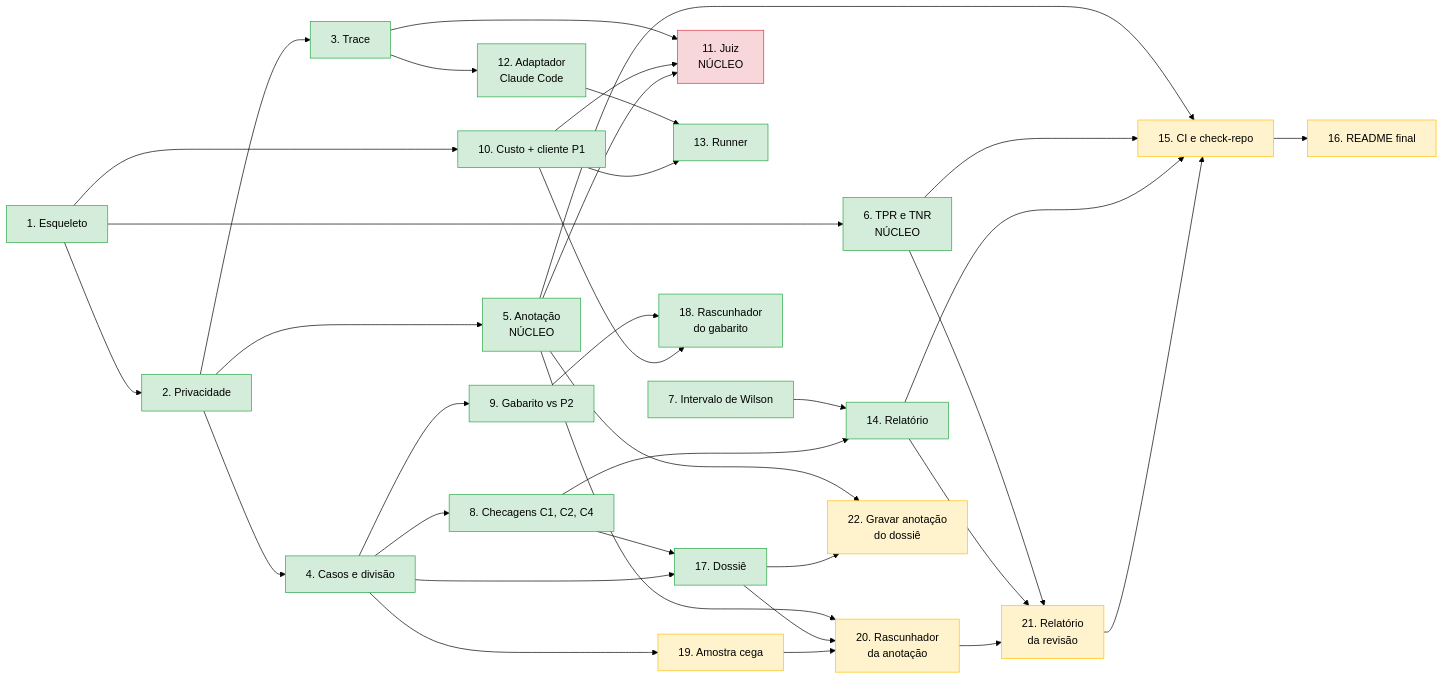
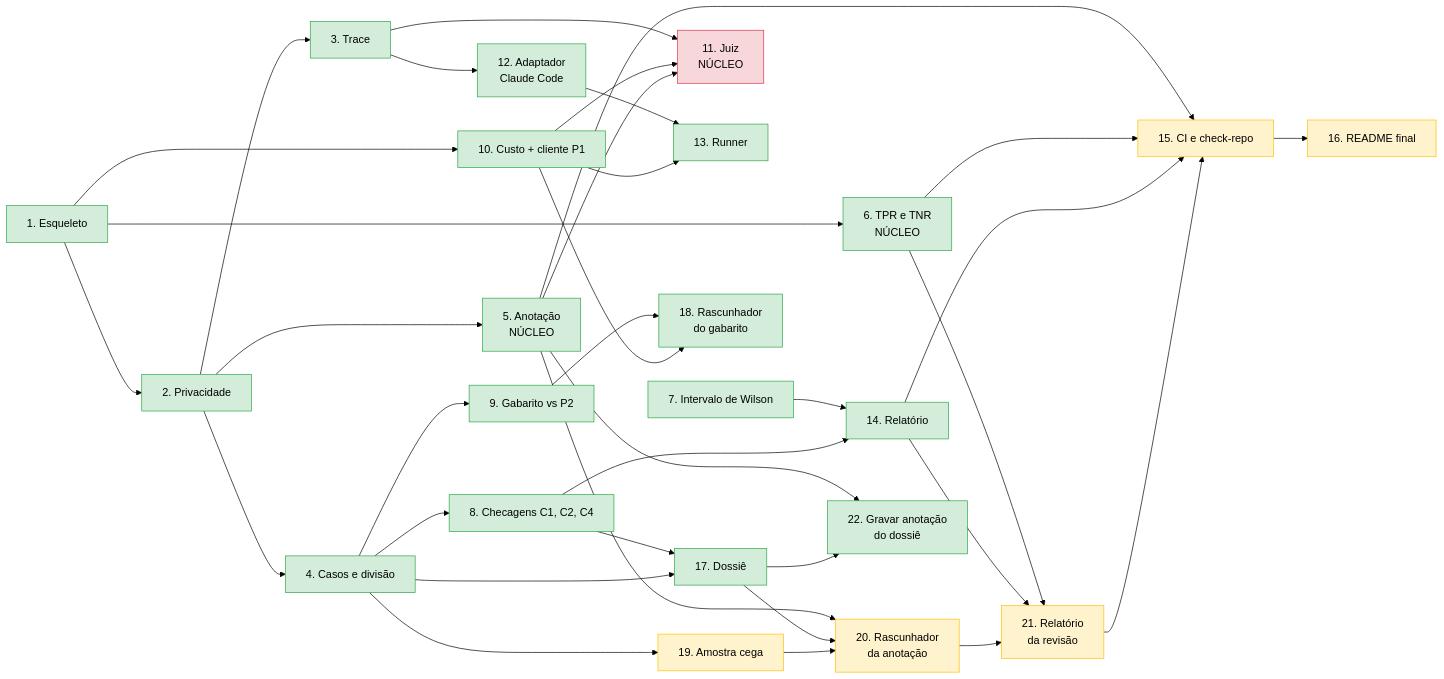
One commit to CristianonCarvalho/harness-p3-evals changed the diagram in docs/diagramas/09-ordem-das-tarefas.md. Above: the diagram before and after it, drawn with Mermaid (forest theme). The commit also changed other lines of this file and 4 other files, not shown here.

````diff
--- a/docs/diagramas/09-ordem-das-tarefas.md
+++ b/docs/diagramas/09-ordem-das-tarefas.md
@@ -5,49 +5,49 @@
 ```mermaid
 flowchart LR
     t1["1. Esqueleto"] --> t2["2. Privacidade"]
     t2 --> t3["3. Trace"]
     t2 --> t4["4. Casos e divisão"]
     t4 --> t8["8. Checagens C1, C2, C4"]
     t7["7. Intervalo de Wilson"] --> t14["14. Relatório"]
     t8 --> t14
     t4 --> t9["9. Gabarito vs P2"]
     t1 --> t10["10. Custo + cliente P1"]
 
     t2 --> t5["5. Anotação<br/>NÚCLEO"]
     t1 --> t6["6. TPR e TNR<br/>NÚCLEO"]
     t3 --> t11["11. Juiz<br/>NÚCLEO"]
     t10 --> t11
     t5 --> t11
 
     t3 --> t12["12. Adaptador<br/>Claude Code"]
     t12 --> t13["13. Runner"]
     t10 --> t13
 
     t5 --> t15["15. CI e check-repo"]
     t6 --> t15
     t14 --> t15
     t15 --> t16["16. README final"]
 
     t8 --> t17["17. Dossiê"]
     t4 --> t17
     t9 --> t18["18. Rascunhador<br/>do gabarito"]
     t10 --> t18
     t4 --> t19["19. Amostra cega"]
     t5 --> t20["20. Rascunhador<br/>da anotação"]
     t17 --> t20
     t19 --> t20
     t6 --> t21["21. Relatório<br/>da revisão"]
     t14 --> t21
     t20 --> t21
     t21 --> t15
     t5 --> t22["22. Gravar anotação<br/>do dossiê"]
     t17 --> t22
 
     classDef feito fill:#d4edda,stroke:#28a745,color:#000
     classDef falta fill:#fff3cd,stroke:#ffc107,color:#000
     classDef seu fill:#f8d7da,stroke:#dc3545,color:#000
 
-    class t1,t2,t3,t4,t5,t6,t7,t8,t9,t10,t12,t13,t14,t17,t18 feito
-    class t15,t16,t19,t20,t21,t22 falta
+    class t1,t2,t3,t4,t5,t6,t7,t8,t9,t10,t12,t13,t14,t17,t18,t22 feito
+    class t15,t16,t19,t20,t21 falta
     class t11 seu
 ```
````
